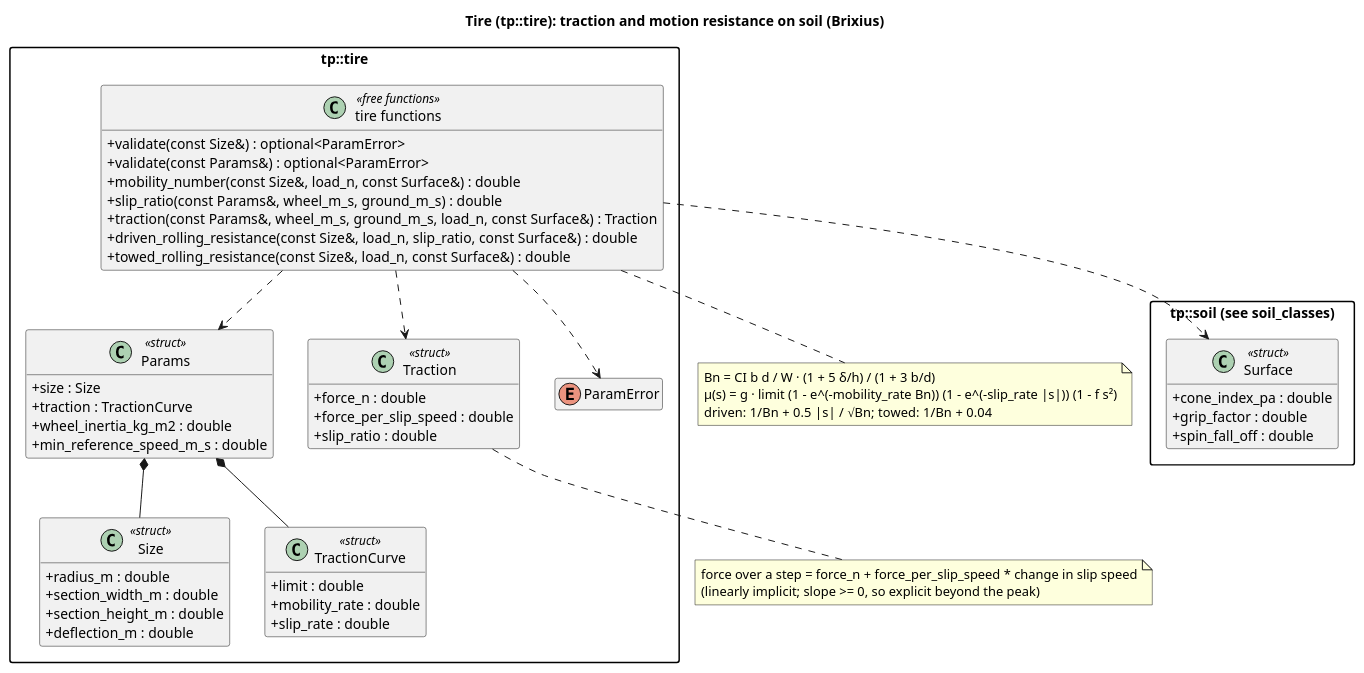
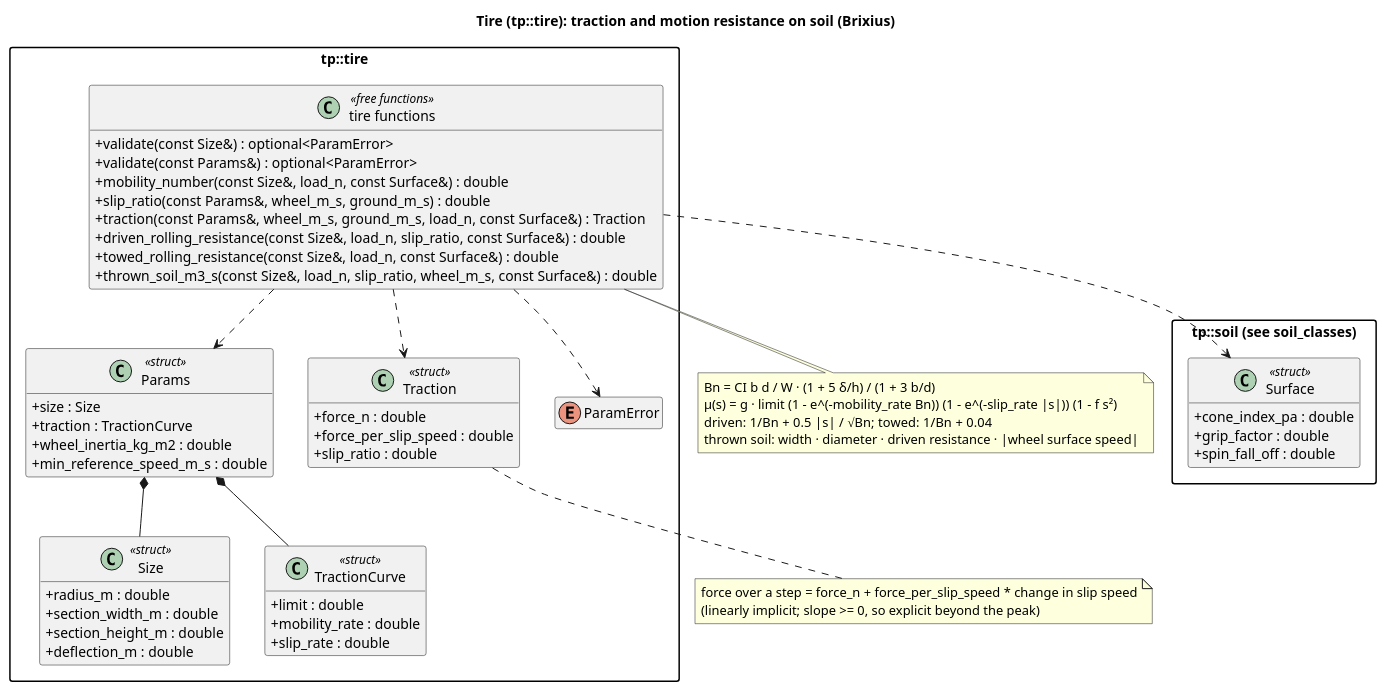
The diagram in docs/diagrams/tire_classes.puml (wversteeg/TractorPulling), drawn with PlantUML before and after one commit. The commit also changed 32 other files, not shown here.

```diff
--- a/docs/diagrams/tire_classes.puml
+++ b/docs/diagrams/tire_classes.puml
@@ -1,64 +1,66 @@
 @startuml tire_classes
 title Tire (tp::tire): traction and motion resistance on soil (Brixius)
 hide empty members
 skinparam packageStyle rectangle
 skinparam classAttributeIconSize 0
 
 package "tp::soil (see soil_classes)" {
   class Surface <<struct>> {
     +cone_index_pa : double
     +grip_factor : double
     +spin_fall_off : double
   }
 }
 
 package "tp::tire" {
   class Size <<struct>> {
     +radius_m : double
     +section_width_m : double
     +section_height_m : double
     +deflection_m : double
   }
   class TractionCurve <<struct>> {
     +limit : double
     +mobility_rate : double
     +slip_rate : double
   }
   class Params <<struct>> {
     +size : Size
     +traction : TractionCurve
     +wheel_inertia_kg_m2 : double
     +min_reference_speed_m_s : double
   }
   class Traction <<struct>> {
     +force_n : double
     +force_per_slip_speed : double
     +slip_ratio : double
   }
   enum ParamError
   class "tire functions" as TireFns <<free functions>> {
     +validate(const Size&) : optional<ParamError>
     +validate(const Params&) : optional<ParamError>
     +mobility_number(const Size&, load_n, const Surface&) : double
     +slip_ratio(const Params&, wheel_m_s, ground_m_s) : double
     +traction(const Params&, wheel_m_s, ground_m_s, load_n, const Surface&) : Traction
     +driven_rolling_resistance(const Size&, load_n, slip_ratio, const Surface&) : double
     +towed_rolling_resistance(const Size&, load_n, const Surface&) : double
+    +thrown_soil_m3_s(const Size&, load_n, slip_ratio, wheel_m_s, const Surface&) : double
   }
   Params *-- Size
   Params *-- TractionCurve
   TireFns ..> Params
   TireFns ..> Traction
   TireFns ..> ParamError
   TireFns ..> Surface
 }
 note bottom of TireFns
   Bn = CI b d / W · (1 + 5 δ/h) / (1 + 3 b/d)
   μ(s) = g · limit (1 - e^(-mobility_rate Bn)) (1 - e^(-slip_rate |s|)) (1 - f s²)
   driven: 1/Bn + 0.5 |s| / √Bn;  towed: 1/Bn + 0.04
+  thrown soil: width · diameter · driven resistance · |wheel surface speed|
 end note
 note bottom of Traction
   force over a step = force_n + force_per_slip_speed * change in slip speed
   (linearly implicit; slope >= 0, so explicit beyond the peak)
 end note
 @enduml
```
